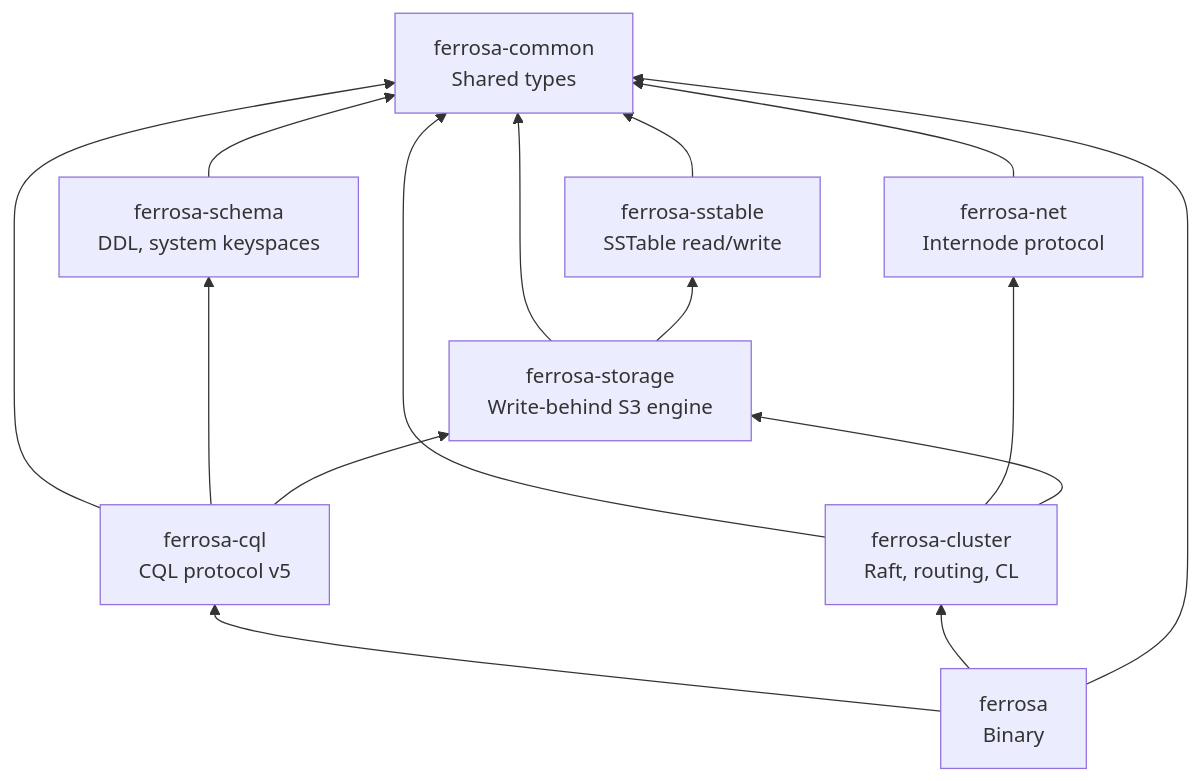
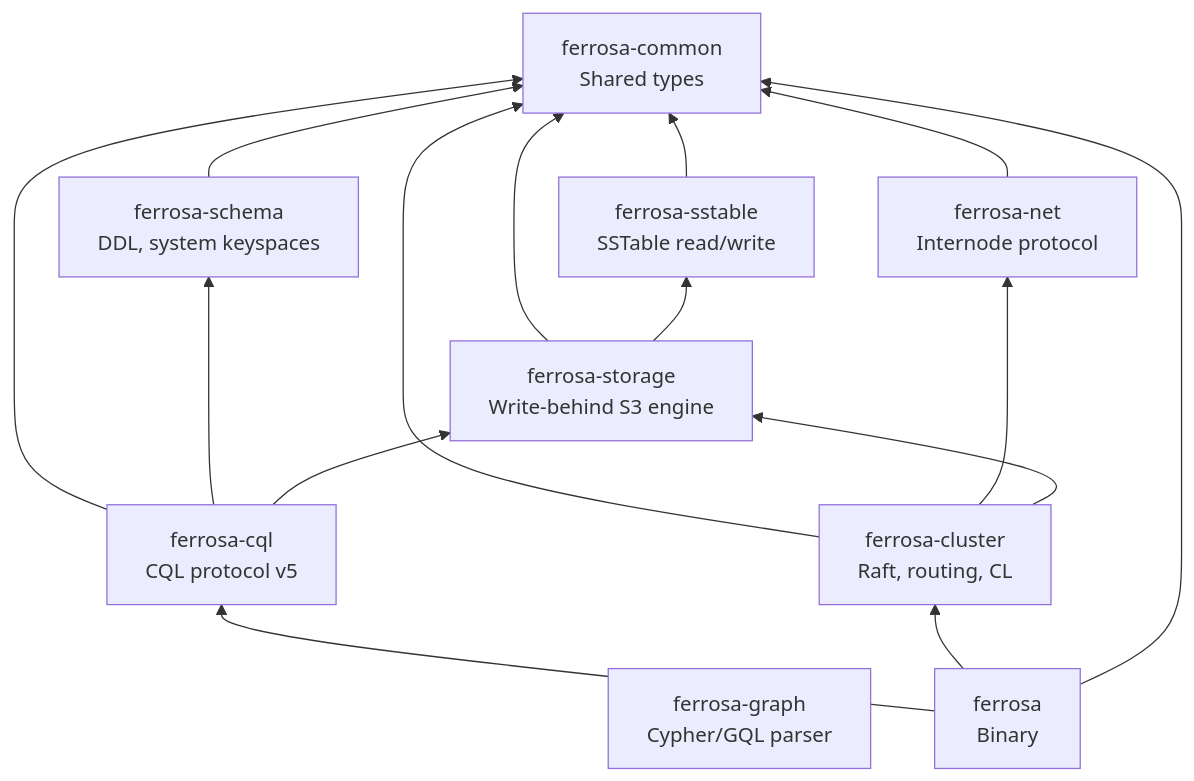
Before and after one commit to ferrosadb/ferrosa: the first of 2 diagrams in specs/components.md, drawn with Mermaid. The commit also changed other lines of this file and 3 other files, not shown here.

First line of the commit message:
docs(specs): update architecture specs to reflect current implementation

````diff
--- a/specs/components.md
+++ b/specs/components.md
@@ -12,26 +12,27 @@
 ```mermaid
 graph BT
     Common[ferrosa-common<br/>Shared types]
     SST[ferrosa-sstable<br/>SSTable read/write]
     Net[ferrosa-net<br/>Internode protocol]
     Storage[ferrosa-storage<br/>Write-behind S3 engine]
     Schema[ferrosa-schema<br/>DDL, system keyspaces]
     CQL[ferrosa-cql<br/>CQL protocol v5]
+    Graph[ferrosa-graph<br/>Cypher/GQL parser]
     Cluster[ferrosa-cluster<br/>Raft, routing, CL]
     Bin[ferrosa<br/>Binary]
 
     SST --> Common
     Net --> Common
     Storage --> Common
     Storage --> SST
     Schema --> Common
     CQL --> Common
     CQL --> Schema
     CQL --> Storage
     Cluster --> Common
     Cluster --> Net
     Cluster --> Storage
     Bin --> CQL
     Bin --> Cluster
     Bin --> Common
 ```
````
